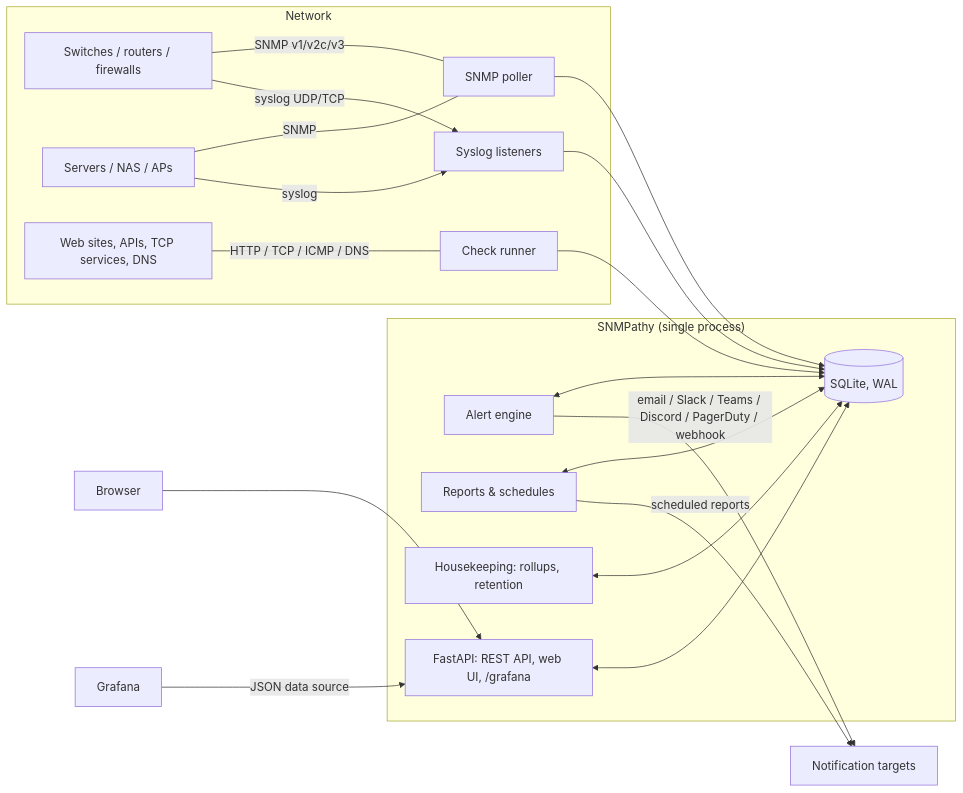
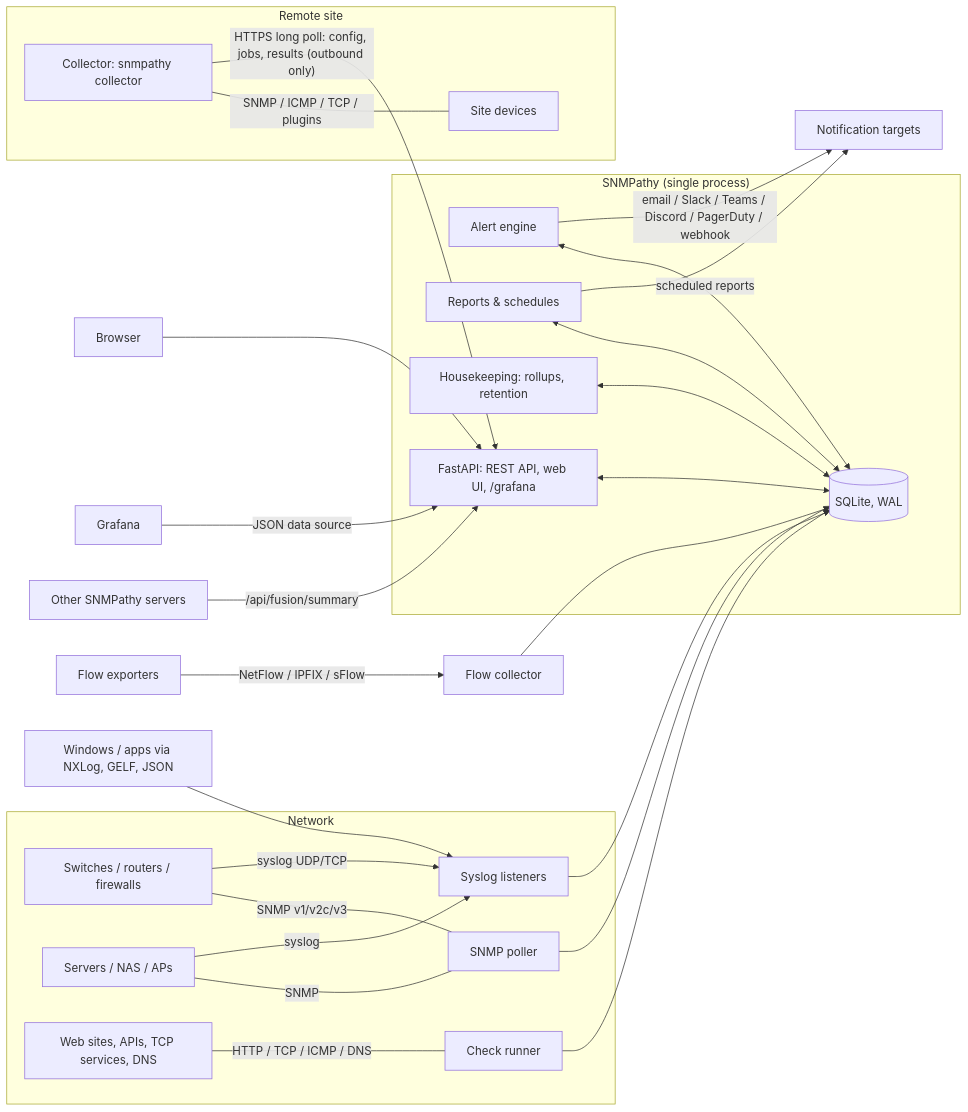
Before and after one commit to OccuviteASI/SNMPathy: the first of 9 diagrams in docs/ARCHITECTURE_AND_REQUIREMENTS.md, drawn with Mermaid. The commit also changed other lines of this file, not shown here.

First line of the commit message:
Document availability rules, scanning, collectors, map and Fusion

````diff
--- a/docs/ARCHITECTURE_AND_REQUIREMENTS.md
+++ b/docs/ARCHITECTURE_AND_REQUIREMENTS.md
@@ -185,31 +243,39 @@
 ```mermaid
 flowchart LR
   subgraph Network
     D1[Switches / routers / firewalls] -- SNMP v1/v2c/v3 --- P
     D1 -- syslog UDP/TCP --> S
     D2[Servers / NAS / APs] -- SNMP --- P
     D2 -- syslog --> S
     W[Web sites, APIs, TCP services, DNS] -- HTTP / TCP / ICMP / DNS --- C
   end
   subgraph SNMPathy["SNMPathy (single process)"]
     P[SNMP poller]
     C[Check runner]
     S[Syslog listeners]
     A[Alert engine]
     R[Reports & schedules]
     H[Housekeeping: rollups, retention]
     DB[(SQLite, WAL)]
     API[FastAPI: REST API, web UI, /grafana]
     P --> DB
     C --> DB
     S --> DB
     A <--> DB
     R <--> DB
     H <--> DB
     API <--> DB
   end
   U[Browser] --> API
   G[Grafana] -- JSON data source --> API
+  subgraph Site["Remote site"]
+    CO[Collector: snmpathy collector] -- SNMP / ICMP / TCP / plugins --- SD[Site devices]
+  end
+  CO -- "HTTPS long poll: config, jobs, results (outbound only)" --> API
+  F[Other SNMPathy servers] -- "/api/fusion/summary" --> API
+  E[Flow exporters] -- "NetFlow / IPFIX / sFlow" --> FL[Flow collector]
+  WIN[Windows / apps via NXLog, GELF, JSON] --> S
+  FL --> DB
   A -- email / Slack / Teams / Discord / PagerDuty / webhook --> N[Notification targets]
   R -- scheduled reports --> N
 ```
````
